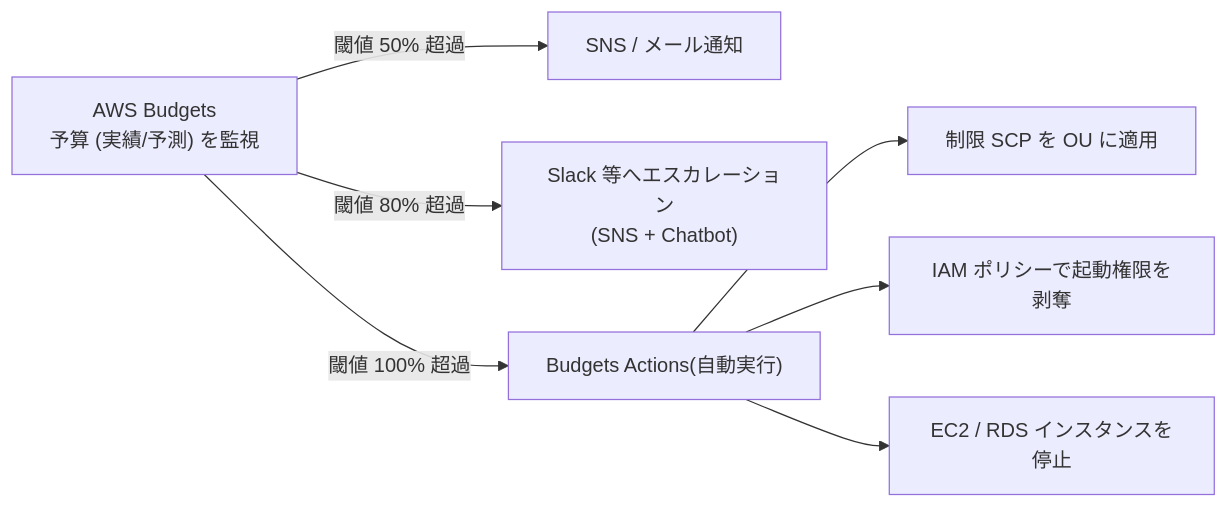
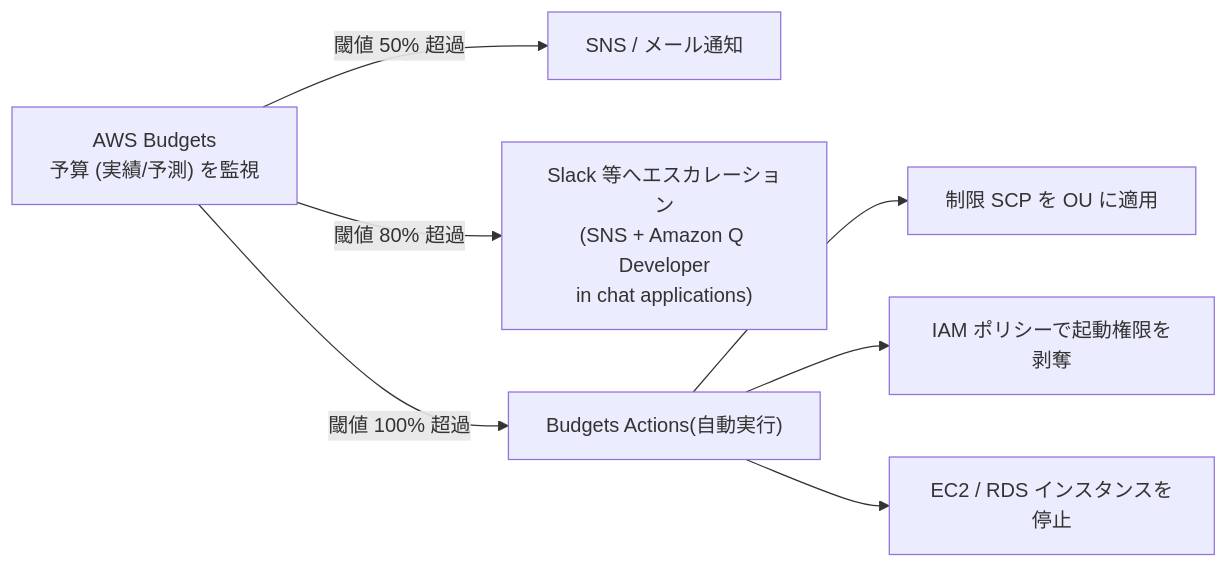
One commit to tono55/aws-sap changed the second of 2 diagrams in 01-organizational-complexity/1-5-cost-optimization.md. Above: the diagram before and after it, drawn with Mermaid. The commit also changed other lines of this file and 28 other files, not shown here.

````diff
--- a/01-organizational-complexity/1-5-cost-optimization.md
+++ b/01-organizational-complexity/1-5-cost-optimization.md
@@ -73,9 +74,9 @@
 ```mermaid
 flowchart LR
     B["AWS Budgets<br>予算 (実績/予測) を監視"] -->|閾値 50% 超過| N1["SNS / メール通知"]
-    B -->|閾値 80% 超過| N2["Slack 等へエスカレーション<br>(SNS + Chatbot)"]
+    B -->|閾値 80% 超過| N2["Slack 等へエスカレーション<br>(SNS + Amazon Q Developer<br>in chat applications)"]
     B -->|閾値 100% 超過| A["Budgets Actions(自動実行)"]
     A --> A1["制限 SCP を OU に適用"]
     A --> A2["IAM ポリシーで起動権限を剥奪"]
     A --> A3["EC2 / RDS インスタンスを停止"]
 ```
````
